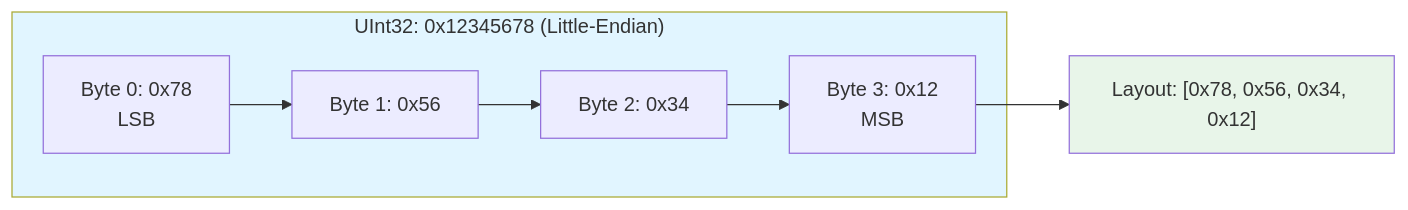
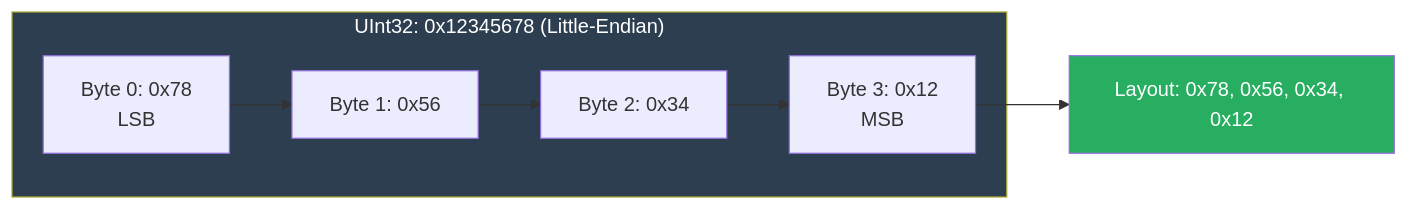
The eighth of 19 diagrams in README.md (Mikedan37/BlazeBinary), drawn with Mermaid before and after one commit. The commit also changed other lines of this file and 11 other files, not shown here.

First line of the commit message:
Improve Mermaid diagrams and code display formatting

````diff
--- a/README.md
+++ b/README.md
@@ -359,14 +359,14 @@
 ```mermaid
 graph LR
     subgraph UInt32["UInt32: 0x12345678 (Little-Endian)"]
         B0[Byte 0: 0x78<br/>LSB] --> B1[Byte 1: 0x56]
         B1 --> B2[Byte 2: 0x34]
         B2 --> B3[Byte 3: 0x12<br/>MSB]
     end
     
-    Layout["Layout: [0x78, 0x56, 0x34, 0x12]"]
+    Layout["Layout: 0x78, 0x56, 0x34, 0x12"]
     B3 --> Layout
     
-    style UInt32 fill:#e1f5ff
-    style Layout fill:#e8f5e9
+    style UInt32 fill:#2c3e50,color:#ffffff
+    style Layout fill:#27ae60,color:#ffffff
 ```
````
